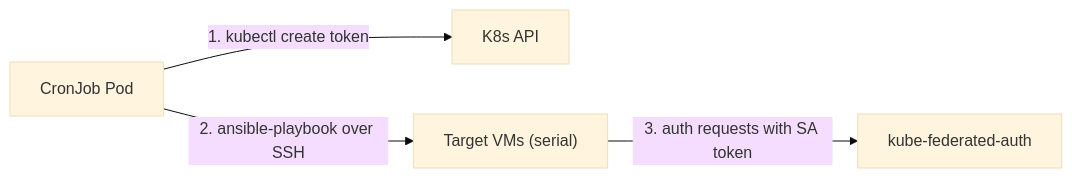
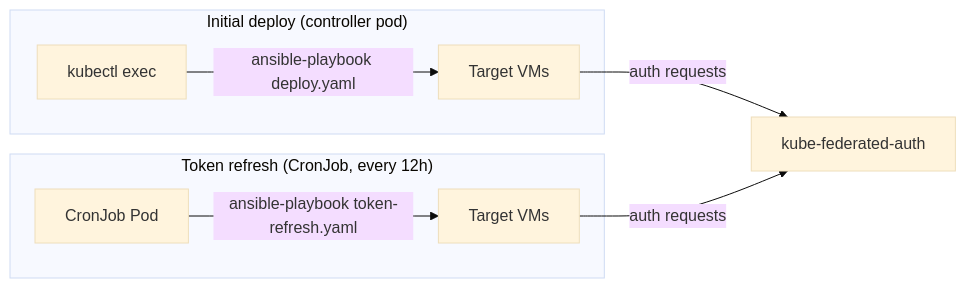
The second of 2 diagrams in README.md (null-ptr-exception/av-scanner), drawn with Mermaid (base theme) before and after one commit. The commit also changed other lines of this file and 24 other files, not shown here.

First line of the commit message:
fix: move token minting into playbook, simplify chart (#7)

````diff
--- a/README.md
+++ b/README.md
@@ -89,6 +92,10 @@
 ```mermaid
 flowchart LR
-    CronJob["CronJob Pod"] -->|1. kubectl create token| K8sAPI["K8s API"]
-    CronJob -->|2. ansible-playbook over SSH| VMs["Target VMs (serial)"]
-    VMs -->|3. auth requests with SA token| KFA["kube-federated-auth"]
+    subgraph "Initial deploy (controller pod)"
+        Controller["kubectl exec"] -->|ansible-playbook deploy.yaml| VMs1["Target VMs"]
+    end
+    subgraph "Token refresh (CronJob, every 12h)"
+        CronJob["CronJob Pod"] -->|ansible-playbook token-refresh.yaml| VMs2["Target VMs"]
+    end
+    VMs1 & VMs2 -->|auth requests| KFA["kube-federated-auth"]
 ```
````
